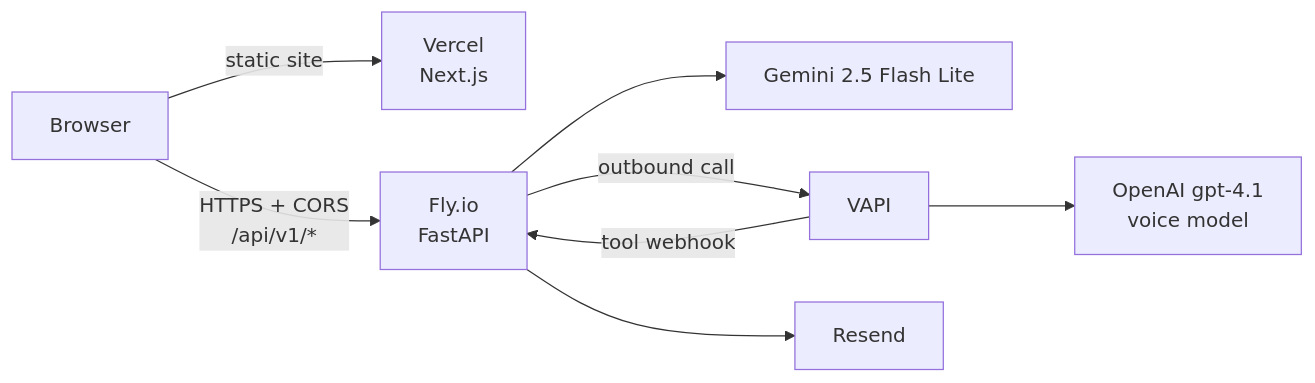
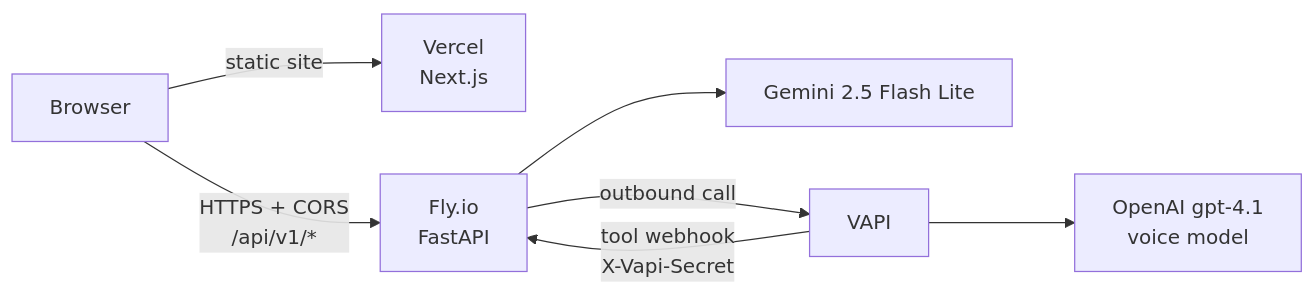
Before and after one commit to AmaanIlahi/Elara.ai: the diagram in README.md, drawn with Mermaid. The commit also changed other lines of this file and 22 other files, not shown here.

````diff
--- a/README.md
+++ b/README.md
@@ -27,10 +27,9 @@
 ```mermaid
 flowchart LR
     B[Browser] -->|static site| V[Vercel<br/>Next.js]
     B -->|"HTTPS + CORS<br/>/api/v1/*"| F[Fly.io<br/>FastAPI]
     F --> G[Gemini 2.5 Flash Lite]
     F -->|outbound call| VP[VAPI]
-    VP -->|tool webhook| F
+    VP -->|"tool webhook<br/>X-Vapi-Secret"| F
     VP --> O[OpenAI gpt-4.1<br/>voice model]
-    F --> R[Resend]
 ```
````
